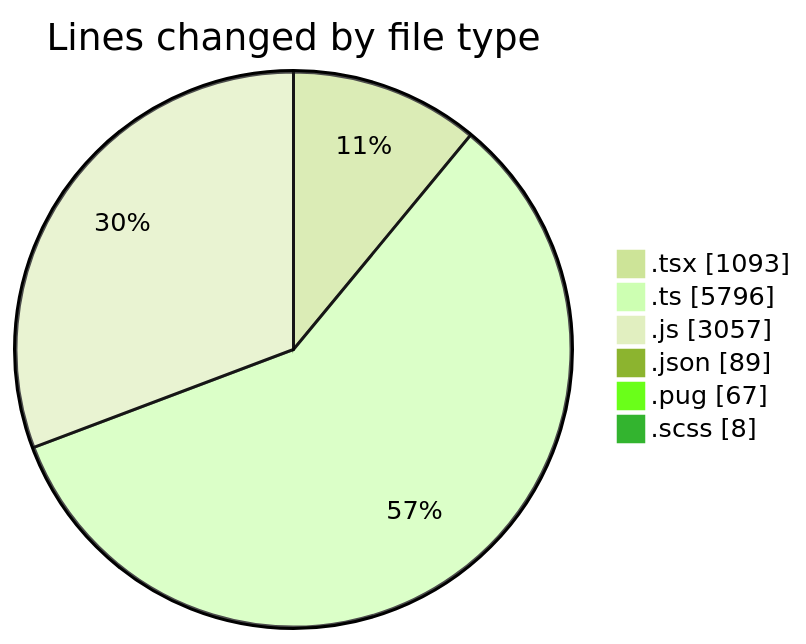
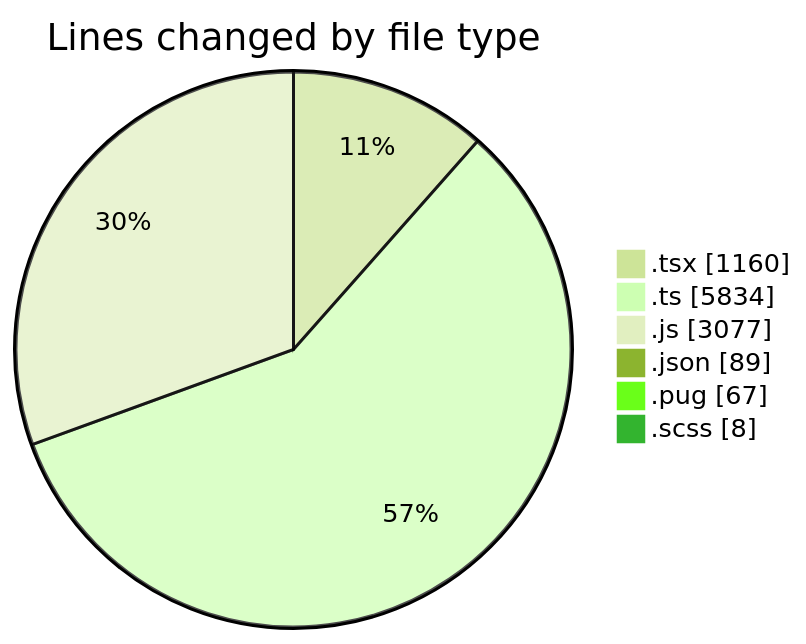
The first of 2 diagrams in 2025-03-24/cda/README.md (momahboobian/code-tracking), drawn with Mermaid (forest theme) before and after one commit. The commit also changed other lines of this file and 1 other file, not shown here.

````diff
--- a/2025-03-24/cda/README.md
+++ b/2025-03-24/cda/README.md
@@ -41,10 +41,10 @@
 ```mermaid
 pie showData
 title Lines changed by file type
-".tsx" : 1093
-".ts" : 5796
-".js" : 3057
+".tsx" : 1160
+".ts" : 5834
+".js" : 3077
 ".json" : 89
 ".pug" : 67
 ".scss" : 8
 ```
````
